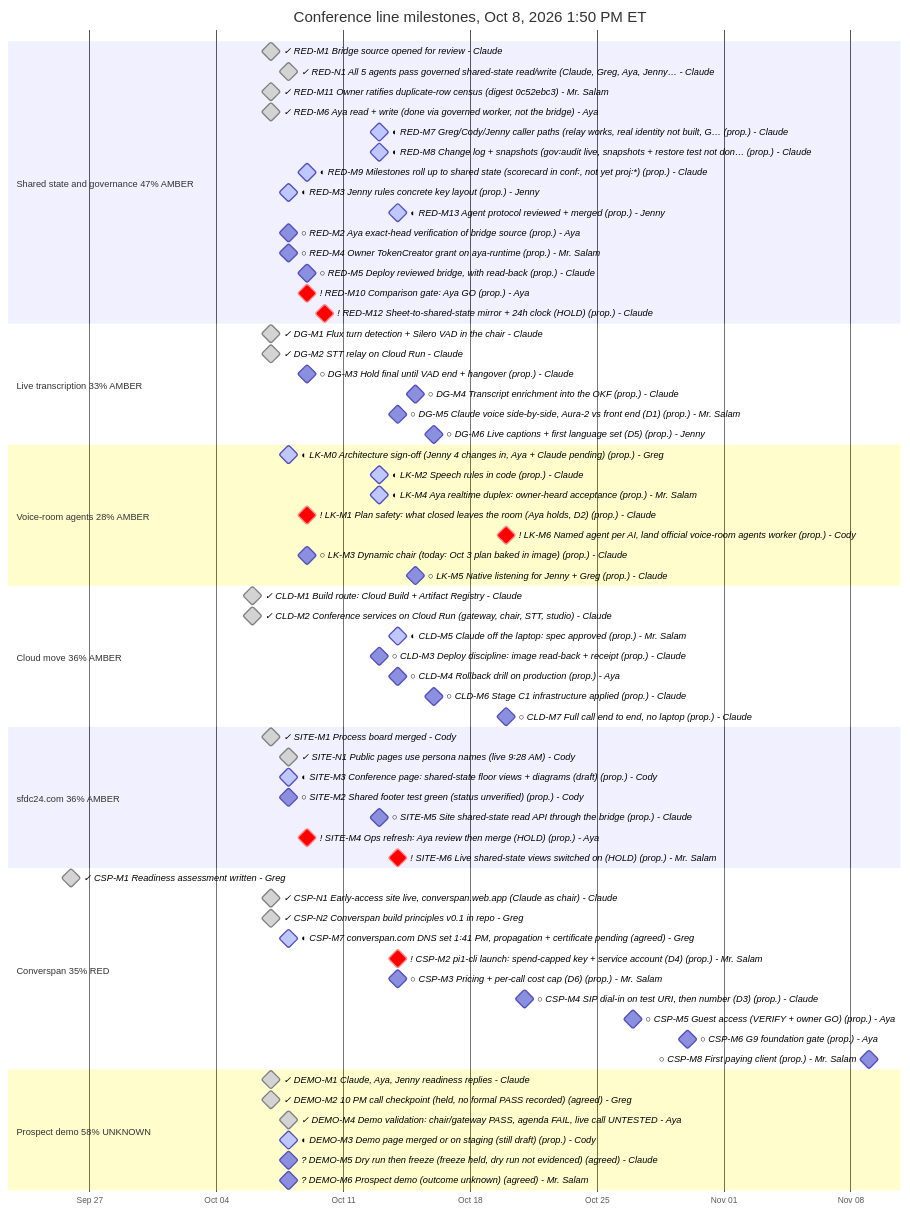
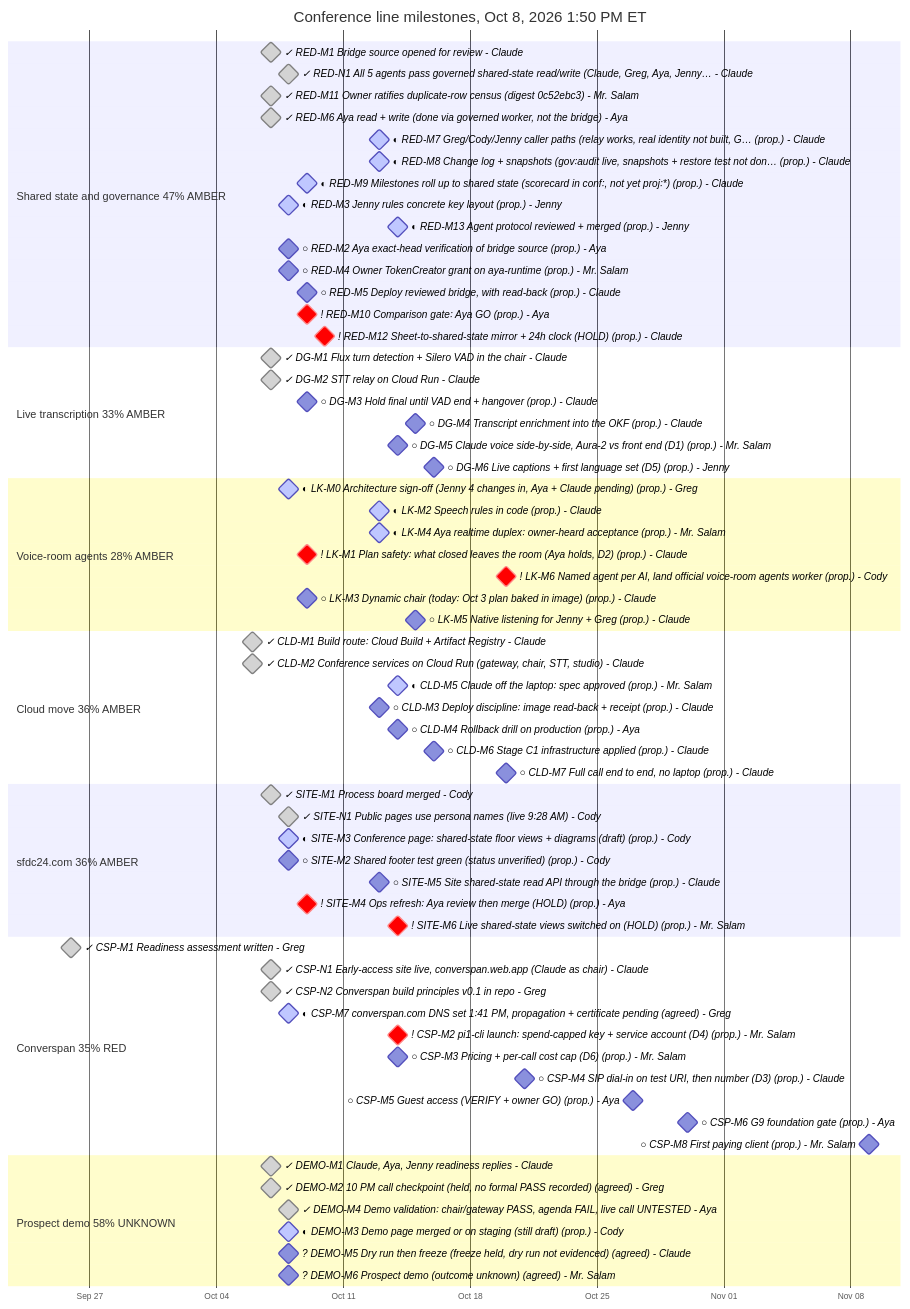
The diagram in assets/milestones/2026-10-08.mmd (sfdc-24/sfdc24-site), drawn with Mermaid before and after one commit. The commit also changed 7 other files, not shown here.

First line of the commit message:
Fill the dashboard panels and keep chart labels inside the drawings.

```diff
--- a/assets/milestones/2026-10-08.mmd
+++ b/assets/milestones/2026-10-08.mmd
@@ -1,72 +1,78 @@
 ---
 title: Conference line milestones, Oct 8, 2026 1:50 PM ET
+config:
+  gantt:
+    fontSize: 12
+    sectionFontSize: 13
+    barHeight: 22
+    useMaxWidth: false
 ---
 gantt
     %% done = complete, active = in progress, crit = blocked. Dates and owners are unchanged.
     dateFormat YYYY-MM-DD
     axisFormat %b %d
     tickInterval 1week
     section Shared state and governance 47% AMBER
     ✓ RED-M1 Bridge source opened for review - Claude :milestone, done, red_m1, 2026-10-07, 0d
     ✓ RED-N1 All 5 agents pass governed shared-state read/write (Claude, Greg, Aya, Jenny… - Claude :milestone, done, red_n1, 2026-10-08, 0d
     ✓ RED-M11 Owner ratifies duplicate-row census (digest 0c52ebc3) - Mr. Salam :milestone, done, red_m11, 2026-10-07, 0d
     ✓ RED-M6 Aya read + write (done via governed worker, not the bridge) - Aya :milestone, done, red_m6, 2026-10-07, 0d
     ◐ RED-M7 Greg/Cody/Jenny caller paths (relay works, real identity not built, G… (prop.) - Claude :milestone, active, red_m7, 2026-10-13, 0d
     ◐ RED-M8 Change log + snapshots (gov꞉audit live, snapshots + restore test not don… (prop.) - Claude :milestone, active, red_m8, 2026-10-13, 0d
     ◐ RED-M9 Milestones roll up to shared state (scorecard in conf꞉, not yet proj꞉*) (prop.) - Claude :milestone, active, red_m9, 2026-10-09, 0d
     ◐ RED-M3 Jenny rules concrete key layout (prop.) - Jenny :milestone, active, red_m3, 2026-10-08, 0d
     ◐ RED-M13 Agent protocol reviewed + merged (prop.) - Jenny :milestone, active, red_m13, 2026-10-14, 0d
     ○ RED-M2 Aya exact-head verification of bridge source (prop.) - Aya :milestone, red_m2, 2026-10-08, 0d
     ○ RED-M4 Owner TokenCreator grant on aya-runtime (prop.) - Mr. Salam :milestone, red_m4, 2026-10-08, 0d
     ○ RED-M5 Deploy reviewed bridge, with read-back (prop.) - Claude :milestone, red_m5, 2026-10-09, 0d
     ! RED-M10 Comparison gate꞉ Aya GO (prop.) - Aya :milestone, crit, red_m10, 2026-10-09, 0d
     ! RED-M12 Sheet-to-shared-state mirror + 24h clock (HOLD) (prop.) - Claude :milestone, crit, red_m12, 2026-10-10, 0d
     section Live transcription 33% AMBER
     ✓ DG-M1 Flux turn detection + Silero VAD in the chair - Claude :milestone, done, dg_m1, 2026-10-07, 0d
     ✓ DG-M2 STT relay on Cloud Run - Claude :milestone, done, dg_m2, 2026-10-07, 0d
     ○ DG-M3 Hold final until VAD end + hangover (prop.) - Claude :milestone, dg_m3, 2026-10-09, 0d
     ○ DG-M4 Transcript enrichment into the OKF (prop.) - Claude :milestone, dg_m4, 2026-10-15, 0d
     ○ DG-M5 Claude voice side-by-side, Aura-2 vs front end (D1) (prop.) - Mr. Salam :milestone, dg_m5, 2026-10-14, 0d
     ○ DG-M6 Live captions + first language set (D5) (prop.) - Jenny :milestone, dg_m6, 2026-10-16, 0d
     section Voice-room agents 28% AMBER
     ◐ LK-M0 Architecture sign-off (Jenny 4 changes in, Aya + Claude pending) (prop.) - Greg :milestone, active, lk_m0, 2026-10-08, 0d
     ◐ LK-M2 Speech rules in code (prop.) - Claude :milestone, active, lk_m2, 2026-10-13, 0d
     ◐ LK-M4 Aya realtime duplex꞉ owner-heard acceptance (prop.) - Mr. Salam :milestone, active, lk_m4, 2026-10-13, 0d
     ! LK-M1 Plan safety꞉ what closed leaves the room (Aya holds, D2) (prop.) - Claude :milestone, crit, lk_m1, 2026-10-09, 0d
     ! LK-M6 Named agent per AI, land official voice-room agents worker (prop.) - Cody :milestone, crit, lk_m6, 2026-10-20, 0d
     ○ LK-M3 Dynamic chair (today꞉ Oct 3 plan baked in image) (prop.) - Claude :milestone, lk_m3, 2026-10-09, 0d
     ○ LK-M5 Native listening for Jenny + Greg (prop.) - Claude :milestone, lk_m5, 2026-10-15, 0d
     section Cloud move 36% AMBER
     ✓ CLD-M1 Build route꞉ Cloud Build + Artifact Registry - Claude :milestone, done, cld_m1, 2026-10-06, 0d
     ✓ CLD-M2 Conference services on Cloud Run (gateway, chair, STT, studio) - Claude :milestone, done, cld_m2, 2026-10-06, 0d
     ◐ CLD-M5 Claude off the laptop꞉ spec approved (prop.) - Mr. Salam :milestone, active, cld_m5, 2026-10-14, 0d
     ○ CLD-M3 Deploy discipline꞉ image read-back + receipt (prop.) - Claude :milestone, cld_m3, 2026-10-13, 0d
     ○ CLD-M4 Rollback drill on production (prop.) - Aya :milestone, cld_m4, 2026-10-14, 0d
     ○ CLD-M6 Stage C1 infrastructure applied (prop.) - Claude :milestone, cld_m6, 2026-10-16, 0d
     ○ CLD-M7 Full call end to end, no laptop (prop.) - Claude :milestone, cld_m7, 2026-10-20, 0d
     section sfdc24.com 36% AMBER
     ✓ SITE-M1 Process board merged - Cody :milestone, done, site_m1, 2026-10-07, 0d
     ✓ SITE-N1 Public pages use persona names (live 9꞉28 AM) - Cody :milestone, done, site_n1, 2026-10-08, 0d
     ◐ SITE-M3 Conference page꞉ shared-state floor views + diagrams (draft) (prop.) - Cody :milestone, active, site_m3, 2026-10-08, 0d
     ○ SITE-M2 Shared footer test green (status unverified) (prop.) - Cody :milestone, site_m2, 2026-10-08, 0d
     ○ SITE-M5 Site shared-state read API through the bridge (prop.) - Claude :milestone, site_m5, 2026-10-13, 0d
     ! SITE-M4 Ops refresh꞉ Aya review then merge (HOLD) (prop.) - Aya :milestone, crit, site_m4, 2026-10-09, 0d
     ! SITE-M6 Live shared-state views switched on (HOLD) (prop.) - Mr. Salam :milestone, crit, site_m6, 2026-10-14, 0d
     section Converspan 35% RED
     ✓ CSP-M1 Readiness assessment written - Greg :milestone, done, csp_m1, 2026-09-26, 0d
     ✓ CSP-N1 Early-access site live, converspan.web.app (Claude as chair) - Claude :milestone, done, csp_n1, 2026-10-07, 0d
     ✓ CSP-N2 Converspan build principles v0.1 in repo - Greg :milestone, done, csp_n2, 2026-10-07, 0d
     ◐ CSP-M7 converspan.com DNS set 1꞉41 PM, propagation + certificate pending (agreed) - Greg :milestone, active, csp_m7, 2026-10-08, 0d
     ! CSP-M2 pi1-cli launch꞉ spend-capped key + service account (D4) (prop.) - Mr. Salam :milestone, crit, csp_m2, 2026-10-14, 0d
     ○ CSP-M3 Pricing + per-call cost cap (D6) (prop.) - Mr. Salam :milestone, csp_m3, 2026-10-14, 0d
     ○ CSP-M4 SIP dial-in on test URI, then number (D3) (prop.) - Claude :milestone, csp_m4, 2026-10-21, 0d
     ○ CSP-M5 Guest access (VERIFY + owner GO) (prop.) - Aya :milestone, csp_m5, 2026-10-27, 0d
     ○ CSP-M6 G9 foundation gate (prop.) - Aya :milestone, csp_m6, 2026-10-30, 0d
     ○ CSP-M8 First paying client (prop.) - Mr. Salam :milestone, csp_m8, 2026-11-09, 0d
     section Prospect demo 58% UNKNOWN
     ✓ DEMO-M1 Claude, Aya, Jenny readiness replies - Claude :milestone, done, demo_m1, 2026-10-07, 0d
     ✓ DEMO-M2 10 PM call checkpoint (held, no formal PASS recorded) (agreed) - Greg :milestone, done, demo_m2, 2026-10-07, 0d
     ✓ DEMO-M4 Demo validation꞉ chair/gateway PASS, agenda FAIL, live call UNTESTED - Aya :milestone, done, demo_m4, 2026-10-08, 0d
     ◐ DEMO-M3 Demo page merged or on staging (still draft) (prop.) - Cody :milestone, active, demo_m3, 2026-10-08, 0d
     ? DEMO-M5 Dry run then freeze (freeze held, dry run not evidenced) (agreed) - Claude :milestone, demo_m5, 2026-10-08, 0d
     ? DEMO-M6 Prospect demo (outcome unknown) (agreed) - Mr. Salam :milestone, demo_m6, 2026-10-08, 0d
```
